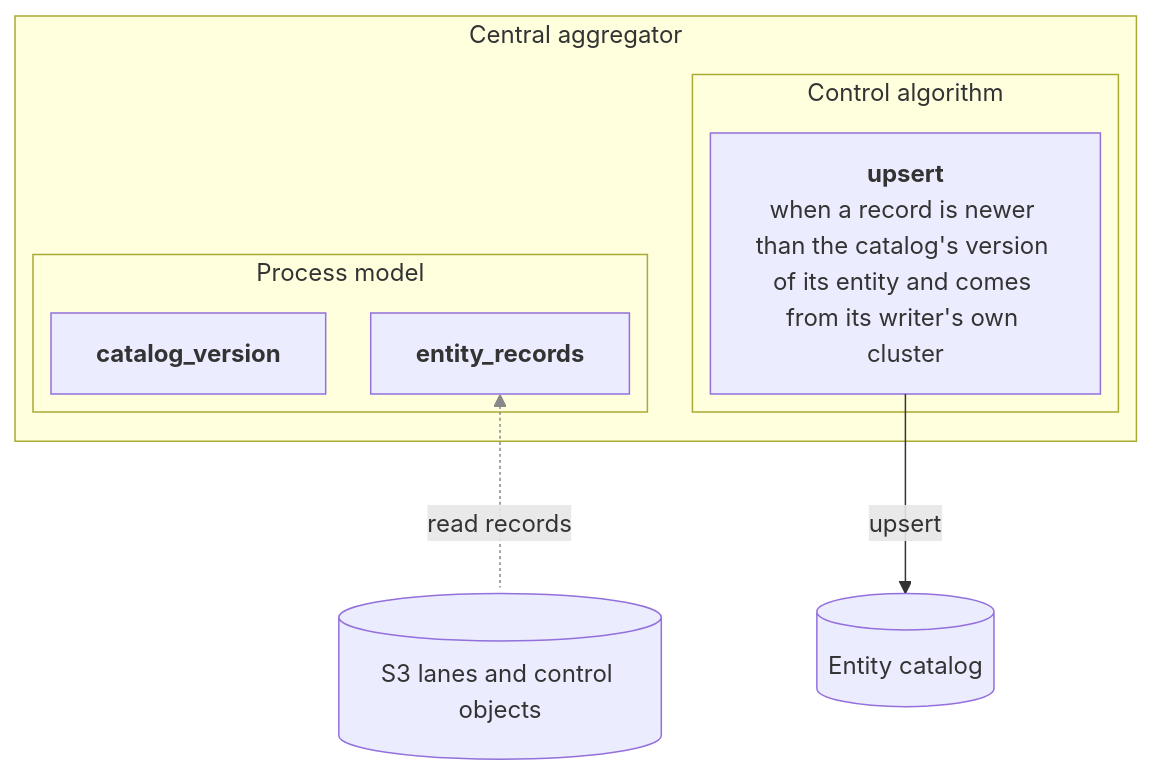
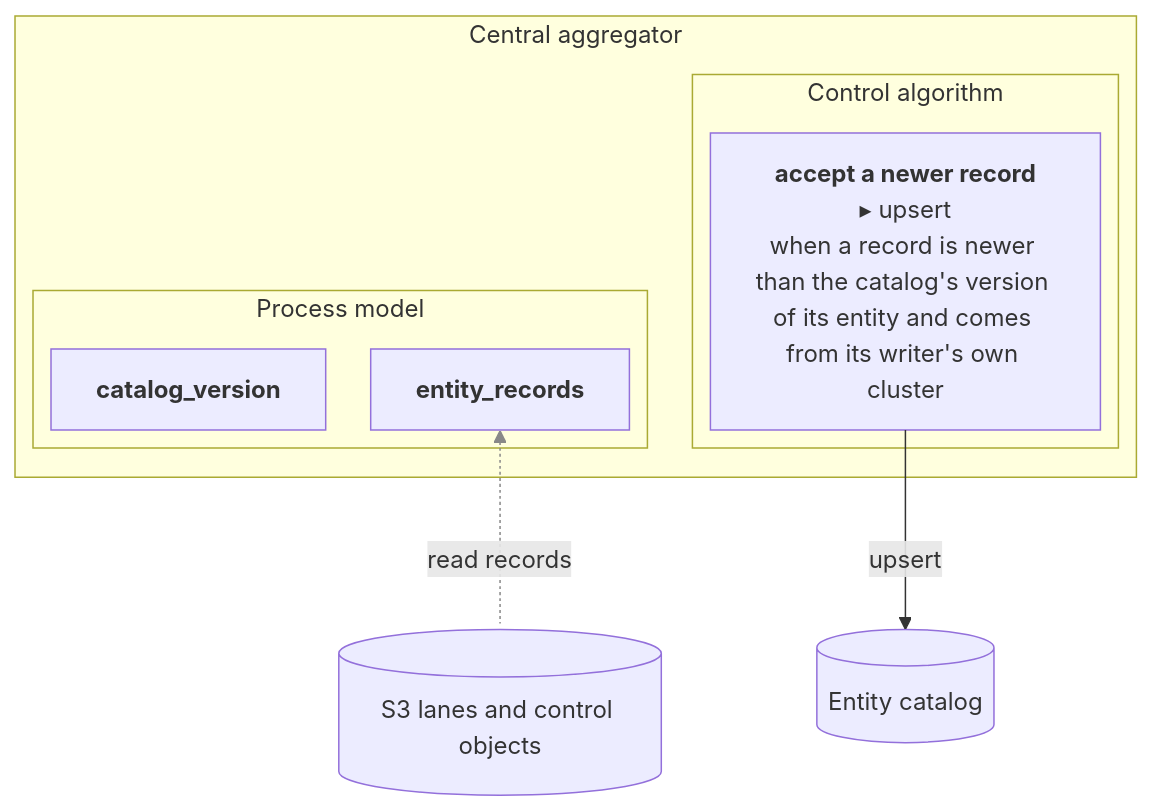
One commit to casselc/observability changed the diagram in otel-chdb/stpa/generated/controller-agg.mmd. Above: the diagram before and after it, drawn with Mermaid. The commit also changed 60 other files, not shown here.

First line of the commit message:
otel-chdb/stpa: rule names head the detail diagrams; PRD widgets for every controller

```diff
--- a/otel-chdb/stpa/generated/controller-agg.mmd
+++ b/otel-chdb/stpa/generated/controller-agg.mmd
@@ -1,21 +1,21 @@
 ---
 config:
   layout: elk
 ---
 flowchart TB
   %% Generated by otel-chdb/stpa/tools from records/controller-72ab73.md and structure.yaml. Do not edit.
   subgraph C["Central aggregator"]
     subgraph CA["Control algorithm"]
-      r1["<b>upsert</b><br/>when a record is newer than the catalog's version of its entity and comes from its writer's own cluster"]
+      r1["<b>accept a newer record</b><br/>▸ upsert<br/>when a record is newer than the catalog's version of its entity and comes from its writer's own cluster"]
     end
     subgraph PM["Process model"]
       v1["<b>entity_records</b>"]
       v2["<b>catalog_version</b>"]
     end
   end
   n21e324[("S3 lanes and control objects")]
   v1 fb1@<-.->|read records| n21e324
   nce1c77[("Entity catalog")]
   r1 -->|upsert| nce1c77
   classDef fb stroke:#888,marker-end:none
   class fb1 fb
```
